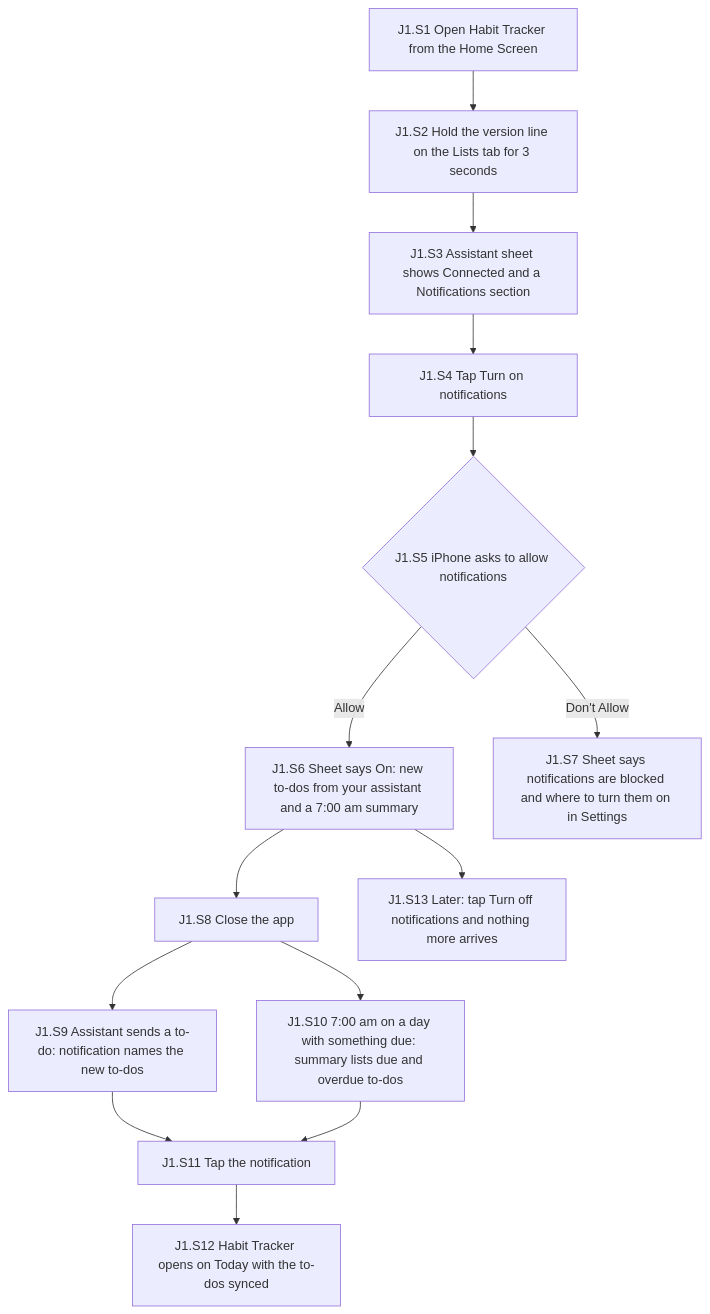
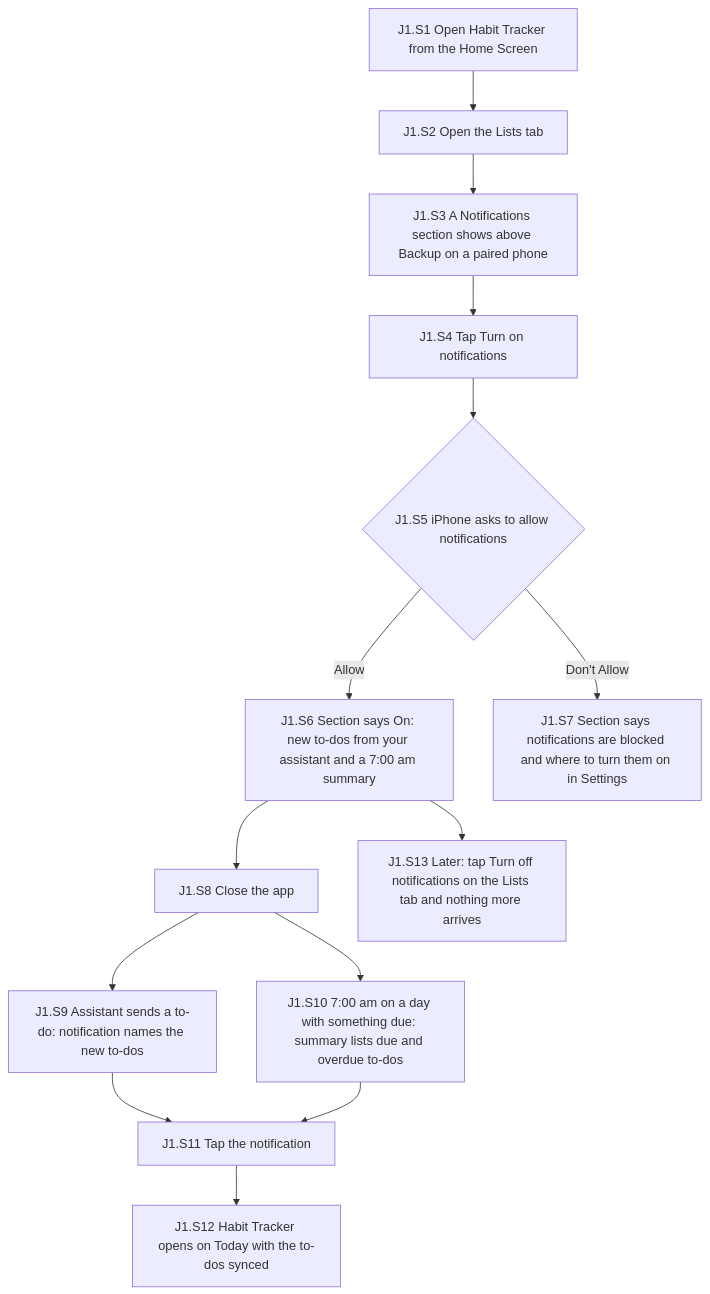
One commit to finn27-maker/habit-tracker changed the diagram in docs/journeys/notifications.mmd. Above: the diagram before and after it, drawn with Mermaid. The commit also changed 3 other files, not shown here.

First line of the commit message:
test(notifications): paired Lists tab shows the section and passes axe; journey v2

```diff
--- a/docs/journeys/notifications.mmd
+++ b/docs/journeys/notifications.mmd
@@ -1,14 +1,14 @@
 flowchart TD
-  S1[J1.S1 Open Habit Tracker from the Home Screen] --> S2[J1.S2 Hold the version line on the Lists tab for 3 seconds]
-  S2 --> S3[J1.S3 Assistant sheet shows Connected and a Notifications section]
+  S1[J1.S1 Open Habit Tracker from the Home Screen] --> S2[J1.S2 Open the Lists tab]
+  S2 --> S3[J1.S3 A Notifications section shows above Backup on a paired phone]
   S3 --> S4[J1.S4 Tap Turn on notifications]
   S4 --> S5{J1.S5 iPhone asks to allow notifications}
-  S5 -->|Allow| S6[J1.S6 Sheet says On: new to-dos from your assistant and a 7:00 am summary]
-  S5 -->|Don't Allow| S7[J1.S7 Sheet says notifications are blocked and where to turn them on in Settings]
+  S5 -->|Allow| S6[J1.S6 Section says On: new to-dos from your assistant and a 7:00 am summary]
+  S5 -->|Don't Allow| S7[J1.S7 Section says notifications are blocked and where to turn them on in Settings]
   S6 --> S8[J1.S8 Close the app]
   S8 --> S9[J1.S9 Assistant sends a to-do: notification names the new to-dos]
   S8 --> S10[J1.S10 7:00 am on a day with something due: summary lists due and overdue to-dos]
   S9 --> S11[J1.S11 Tap the notification]
   S10 --> S11
   S11 --> S12[J1.S12 Habit Tracker opens on Today with the to-dos synced]
-  S6 --> S13[J1.S13 Later: tap Turn off notifications and nothing more arrives]
+  S6 --> S13[J1.S13 Later: tap Turn off notifications on the Lists tab and nothing more arrives]
```
